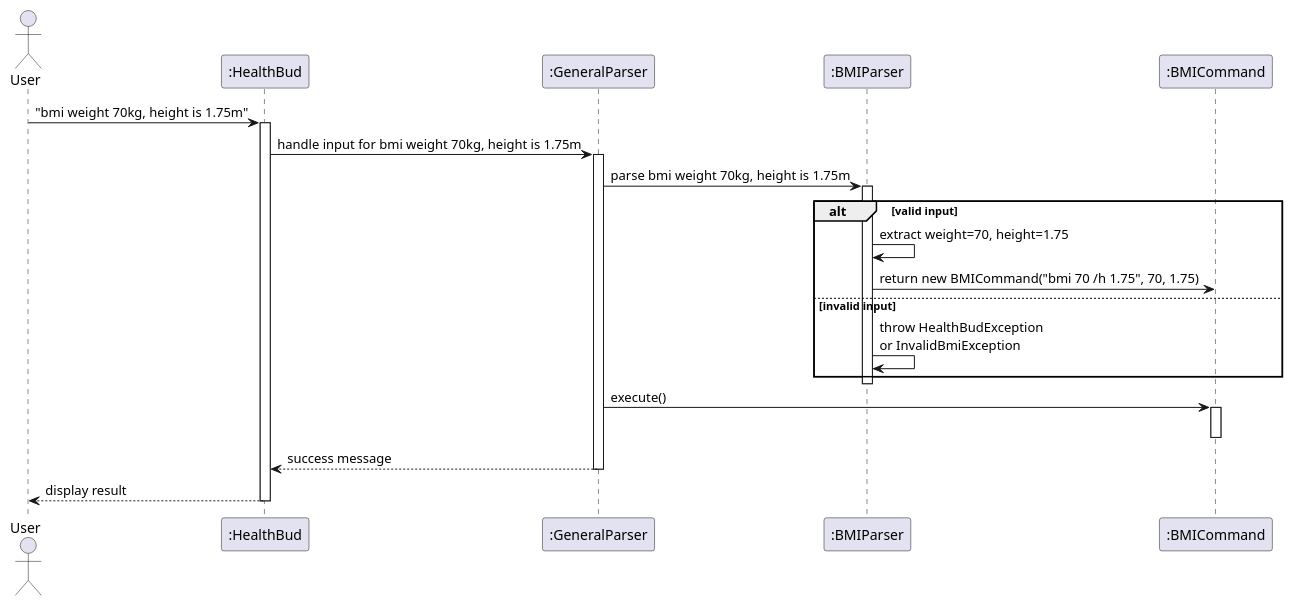
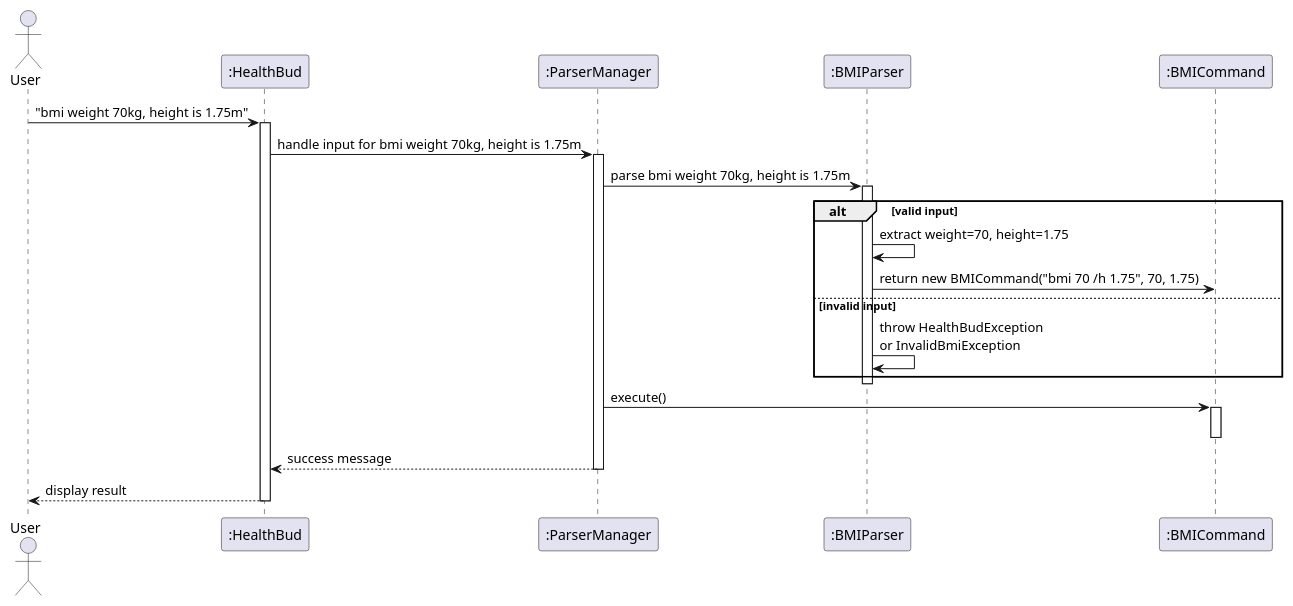
The diagram in docs/diagrams/BMISD.puml (Jasonlobo21/tp), drawn with PlantUML before and after one commit. The commit also changed 5 other files, not shown here.

```diff
--- a/docs/diagrams/BMISD.puml
+++ b/docs/diagrams/BMISD.puml
@@ -1,35 +1,35 @@
 @startuml
 actor User
 participant ":HealthBud" as HealthBud
-participant ":GeneralParser" as GeneralParser
+participant ":ParserManager" as GeneralParser
 participant ":BMIParser" as BMIParser
 participant ":BMICommand" as BMICommand
 
 User -> HealthBud: "bmi weight 70kg, height is 1.75m"
 activate HealthBud
 
 HealthBud -> GeneralParser: handle input for bmi weight 70kg, height is 1.75m
 activate GeneralParser
 
 GeneralParser -> BMIParser: parse bmi weight 70kg, height is 1.75m
 activate BMIParser
 
 alt valid input
     BMIParser -> BMIParser: extract weight=70, height=1.75
     BMIParser -> BMICommand: return new BMICommand("bmi 70 /h 1.75", 70, 1.75)
 
 else invalid input
     BMIParser -> BMIParser: throw HealthBudException\nor InvalidBmiException
 end
 deactivate BMIParser
 
 GeneralParser -> BMICommand: execute()
 activate BMICommand
 deactivate BMICommand
 
 GeneralParser --> HealthBud: success message
 deactivate GeneralParser
 
 HealthBud --> User: display result
 deactivate HealthBud
 @enduml
```
